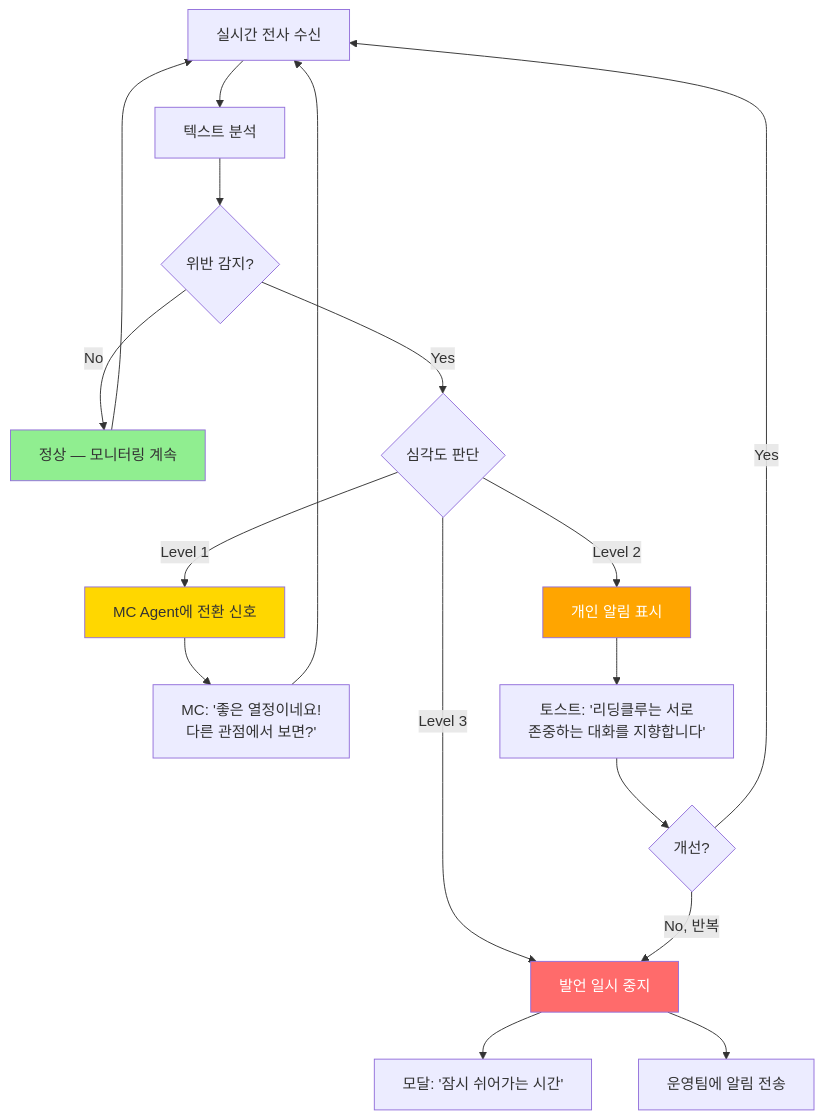
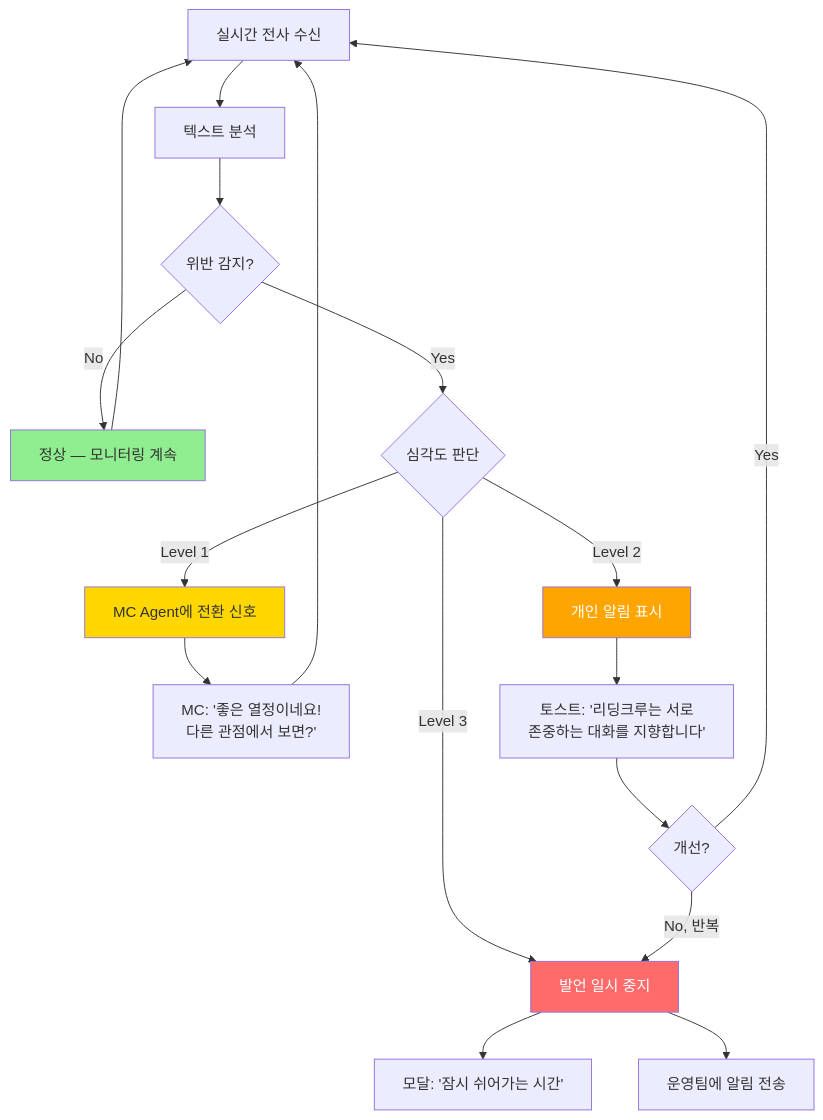
Before and after one commit to Collegenie-X/ReadingClueProject: diagram 12 of 14 in 아이디어/6단계-리딩클루_화면설계_AI에이전트_설계서.md, drawn with Mermaid. The commit also changed other lines of this file and 9 other files, not shown here.

````diff
--- a/아이디어/6단계-리딩클루_화면설계_AI에이전트_설계서.md
+++ b/아이디어/6단계-리딩클루_화면설계_AI에이전트_설계서.md
@@ -1818,29 +1818,29 @@
 ```mermaid
 graph TD
     A["실시간 전사 수신"] --> B["텍스트 분석"]
 
     B --> C{"위반 감지?"}
     C -->|"No"| D["정상 — 모니터링 계속"]
     C -->|"Yes"| E{"심각도 판단"}
 
     E -->|"Level 1"| F["MC Agent에 전환 신호"]
     F --> F1["MC: '좋은 열정이네요!<br/>다른 관점에서 보면?'"]
 
     E -->|"Level 2"| G["개인 알림 표시"]
-    G --> G1["토스트: '리딩클루는 서로<br/>존중하는 대화를 지향합니다'"]
+    G --> G1["토스트: '리딩크루는 서로<br/>존중하는 대화를 지향합니다'"]
 
     E -->|"Level 3"| H["발언 일시 중지"]
     H --> H1["모달: '잠시 쉬어가는 시간'"]
     H --> H2["운영팀에 알림 전송"]
 
     D --> A
     F1 --> A
     G1 --> I{"개선?"}
     I -->|"Yes"| A
     I -->|"No, 반복"| H
 
     style D fill:#90EE90,color:#333
     style F fill:#FFD700,color:#333
     style G fill:#FFA500,color:#fff
     style H fill:#FF6B6B,color:#fff
 ```
````
